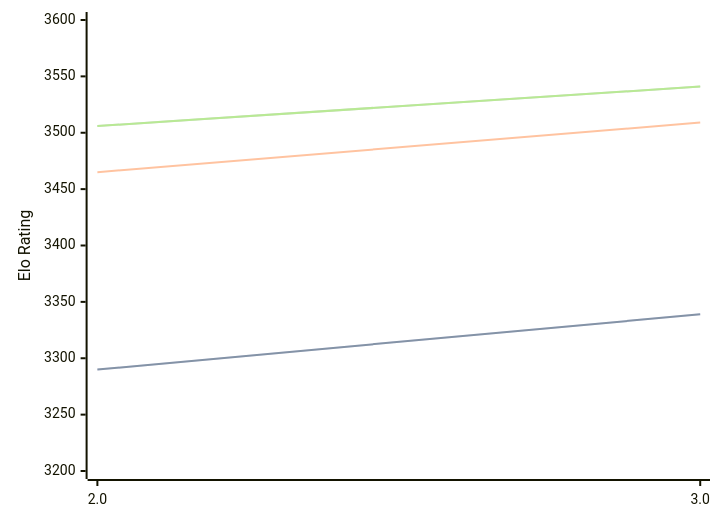
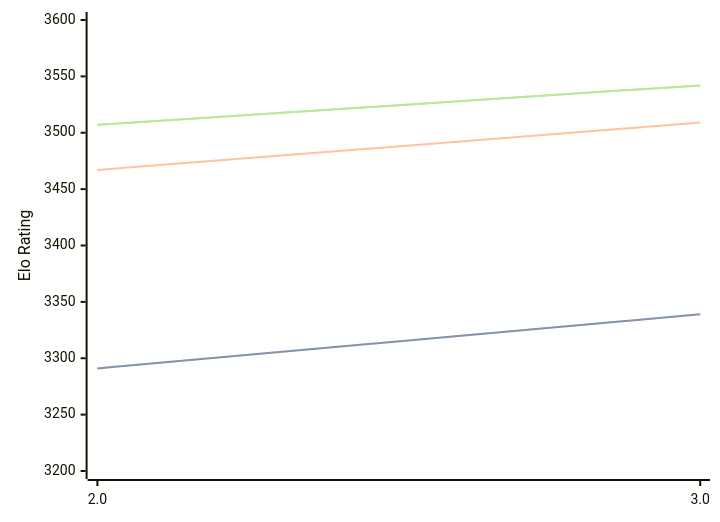
One commit to computer-chess-index/cci changed the diagram in engines/Quanticade.md. Above: the diagram before and after it, drawn with Mermaid. The commit also changed other lines of this file, not shown here.

Commit message:
Update CCI Ratings (ELO VLTC) - 2026-08-19

````diff
--- a/engines/Quanticade.md
+++ b/engines/Quanticade.md
@@ -32,11 +32,11 @@
 ```mermaid
 %%{init: {"theme":"base","themeVariables":{"seriesColors:['#a3a3a3','#222221','#faa371']}}}%%
 xychart-beta
   x-axis ["2.0", "3.0"]
   y-axis "Elo Rating" 3200 --> 3600
-  line "STC (8.0+0.08s)" [3290, 3339]
-  line "STC (8.0+0.08s)" [3290, 3339]
-  line "LTC (60.0+0.60s)" [3465, 3509]
-  line "VLTC (2m24s+1.12s)" [3506, 3541]
-  line "VLTC (2m24s+1.12s)" [3506, 3541]
+  line "STC (8.0+0.08s)" [3291, 3339]
+  line "STC (8.0+0.08s)" [3291, 3339]
+  line "LTC (60.0+0.60s)" [3467, 3509]
+  line "VLTC (2m24s+1.12s)" [3507, 3542]
+  line "VLTC (2m24s+1.12s)" [3507, 3542]
 ```
````
